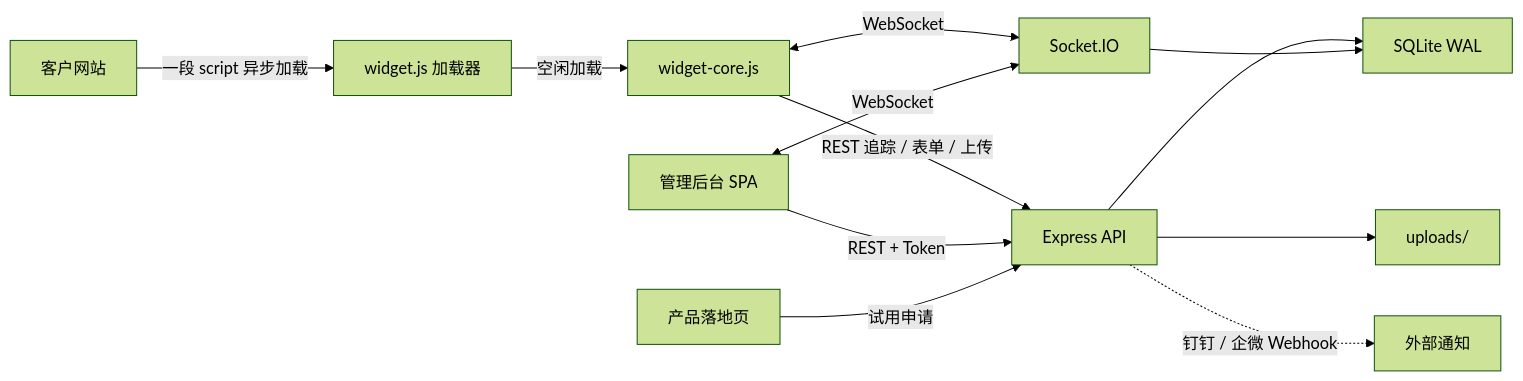
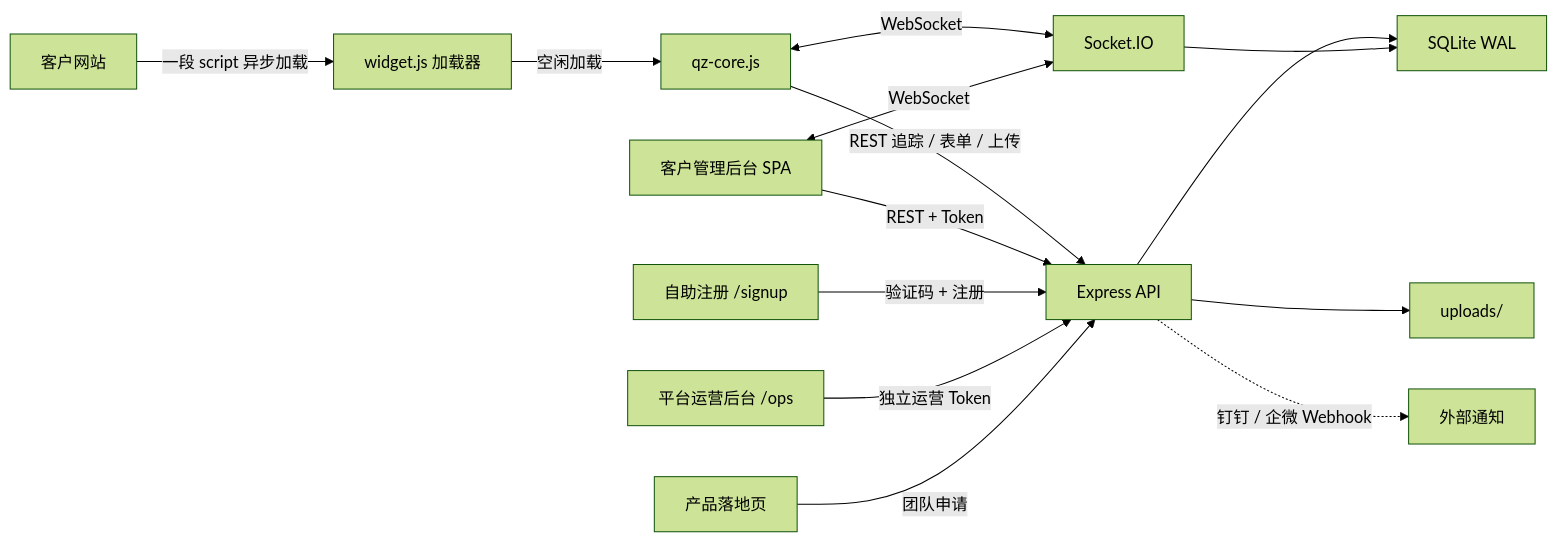
The first of 4 diagrams in docs/ARCHITECTURE.md (wenlibo90/qingzhan-lead-chat-saas), drawn with Mermaid (forest theme) before and after one commit. The commit also changed other lines of this file and 51 other files, not shown here.

````diff
--- a/docs/ARCHITECTURE.md
+++ b/docs/ARCHITECTURE.md
@@ -5,14 +5,16 @@
 ```mermaid
 graph LR
     Host["客户网站"] -->|"一段 script 异步加载"| Loader["widget.js 加载器"]
-    Loader -->|"空闲加载"| Core["widget-core.js"]
+    Loader -->|"空闲加载"| Core["qz-core.js"]
     Core -->|"REST 追踪 / 表单 / 上传"| API["Express API"]
     Core <-->|"WebSocket"| IO["Socket.IO"]
-    Admin["管理后台 SPA"] -->|"REST + Token"| API
+    Admin["客户管理后台 SPA"] -->|"REST + Token"| API
     Admin <-->|"WebSocket"| IO
-    Landing["产品落地页"] -->|"试用申请"| API
+    Signup["自助注册 /signup"] -->|"验证码 + 注册"| API
+    Ops["平台运营后台 /ops"] -->|"独立运营 Token"| API
+    Landing["产品落地页"] -->|"团队申请"| API
     API --> DB["SQLite WAL"]
     IO --> DB
     API --> Files["uploads/"]
     API -.->|"钉钉 / 企微 Webhook"| Notify["外部通知"]
 ```
````
